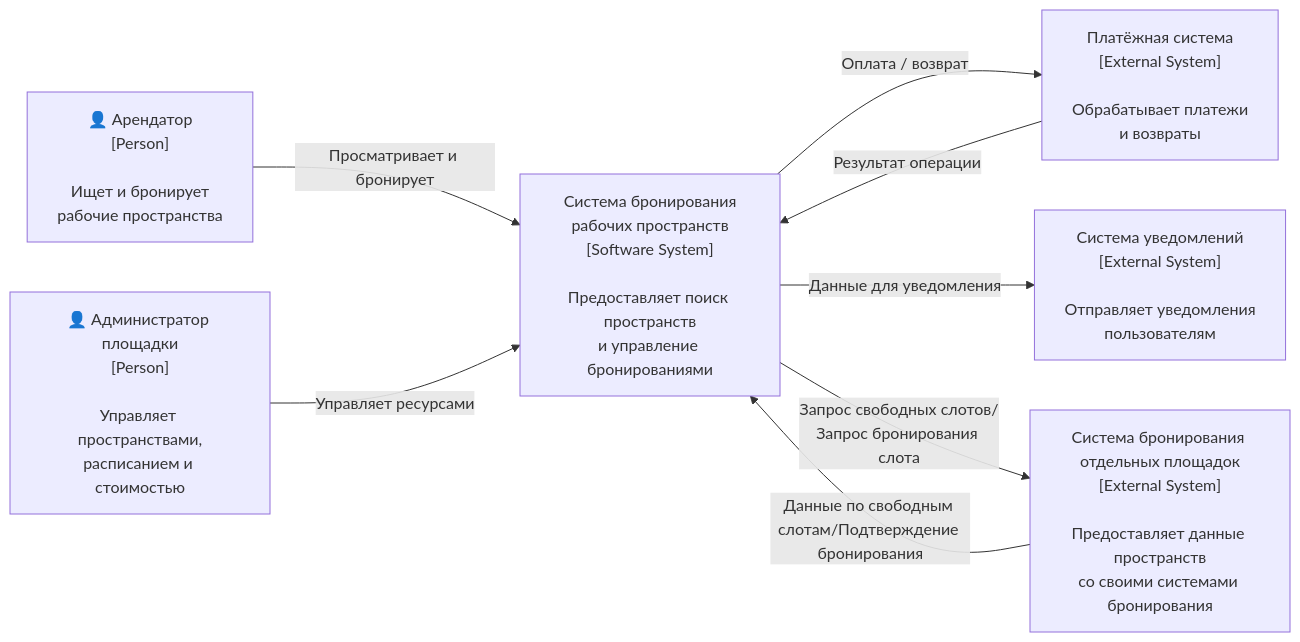
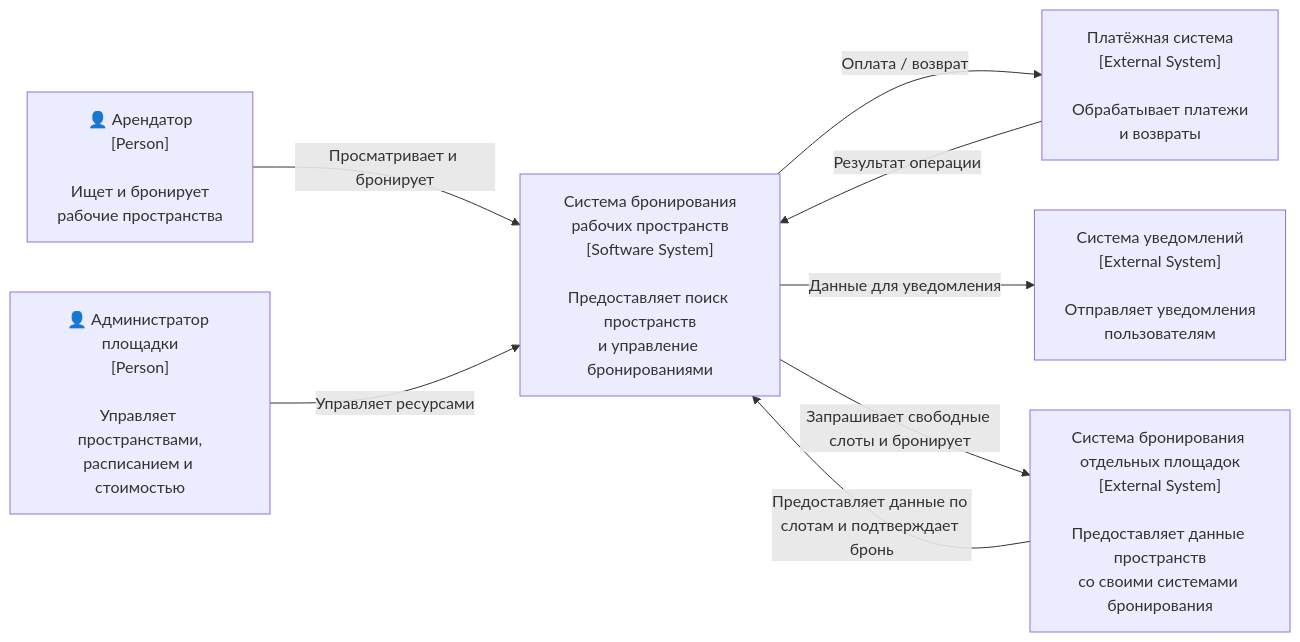
One commit to posiwid-tech/system-analyst changed the diagram in docs/docs-as-code/SRS/architecture_c4.md. Above: the diagram before and after it, drawn with Mermaid.

````diff
--- a/docs/docs-as-code/SRS/architecture_c4.md
+++ b/docs/docs-as-code/SRS/architecture_c4.md
@@ -2,23 +2,23 @@
 ```mermaid
 flowchart LR
 
     renter["👤 Арендатор<br/>[Person]<br/><br/>Ищет и бронирует<br/>рабочие пространства"]
 
     admin["👤 Администратор площадки<br/>[Person]<br/><br/>Управляет пространствами,<br/>расписанием и стоимостью"]
 
     booking["Система бронирования<br/>рабочих пространств<br/>[Software System]<br/><br/>Предоставляет поиск пространств<br/>и управление бронированиями"]
 
     payment["Платёжная система<br/>[External System]<br/><br/>Обрабатывает платежи<br/>и возвраты"]
 
     notification["Система уведомлений<br/>[External System]<br/><br/>Отправляет уведомления<br/>пользователям"]
 
     space_booking_system["Система бронирования <br/>отдельных площадок<br/>[External System]<br/><br/>Предоставляет данные пространств<br/>со своими системами бронирования"]
 
     renter -->|"Просматривает и бронирует"| booking
     admin -->|"Управляет ресурсами"| booking
     booking -->|"Оплата / возврат"| payment
     payment -->|"Результат операции"| booking
     booking -->|"Данные для уведомления"| notification
-    space_booking_system-->|"Данные по свободным слотам/Подтверждение бронирования"| booking
-    booking -->|"Запрос свободных слотов/Запрос бронирования слота"| space_booking_system
+    space_booking_system-->|"Предоставляет данные по слотам и подтверждает бронь"| booking
+    booking -->|"Запрашивает свободные слоты и бронирует"| space_booking_system
 ```
````
